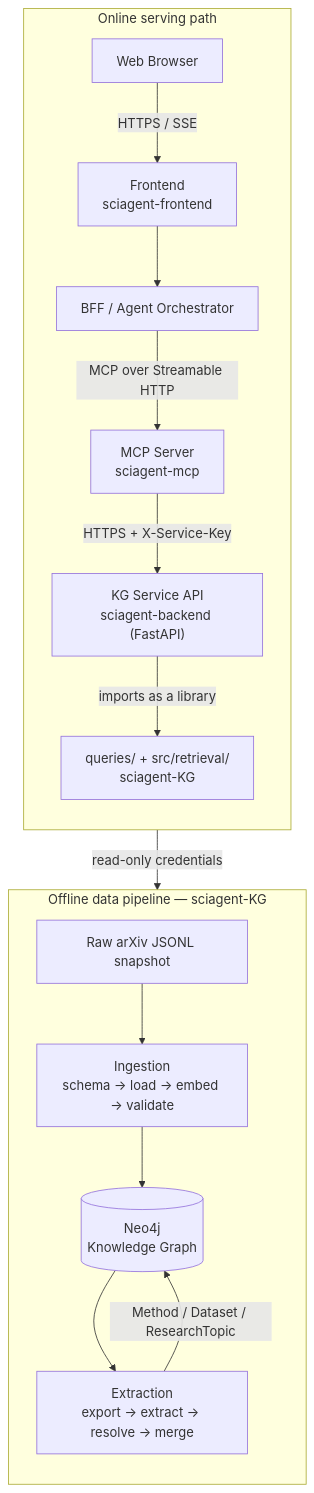
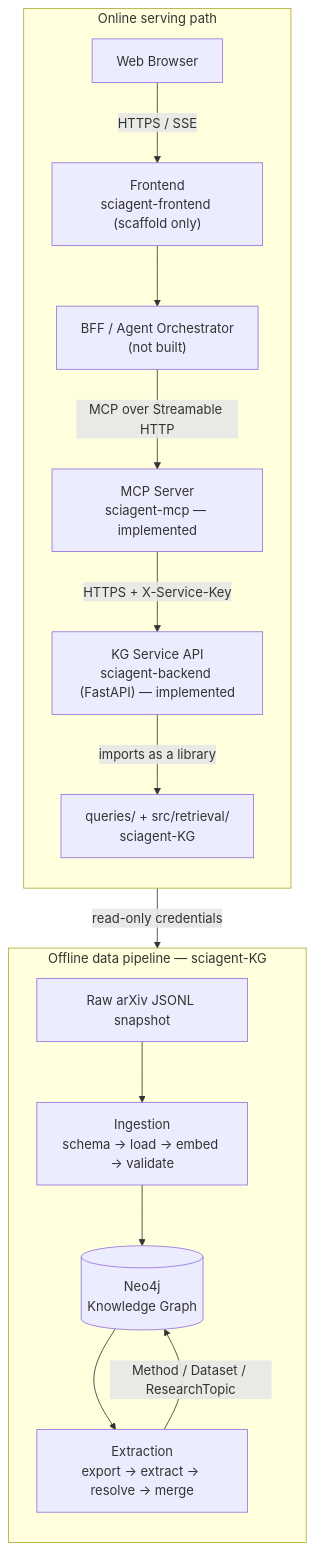
One commit to Khoa-BOB/SciAgent changed the diagram in README.md. Above: the diagram before and after it, drawn with Mermaid. The commit also changed other lines of this file and 1 other file, not shown here.

First line of the commit message:
docs: fix stale service-status claims in README and diagram

````diff
--- a/README.md
+++ b/README.md
@@ -21,27 +21,28 @@
 ```mermaid
 flowchart TB
     subgraph Offline["Offline data pipeline — sciagent-KG"]
         direction TB
         RAW[Raw arXiv JSONL snapshot] --> ING["Ingestion
 schema → load → embed → validate"]
         ING --> KGDB[("Neo4j
 Knowledge Graph")]
         KGDB --> EXT["Extraction
 export → extract → resolve → merge"]
         EXT -->|Method / Dataset / ResearchTopic| KGDB
     end
 
     subgraph Online["Online serving path"]
         direction TB
         BROWSER["Web Browser"] -->|HTTPS / SSE| FE["Frontend
-sciagent-frontend"]
-        FE --> BFF["BFF / Agent Orchestrator"]
+sciagent-frontend (scaffold only)"]
+        FE --> BFF["BFF / Agent Orchestrator
+(not built)"]
         BFF -->|MCP over Streamable HTTP| MCP["MCP Server
-sciagent-mcp"]
+sciagent-mcp — implemented"]
         MCP -->|HTTPS + X-Service-Key| API["KG Service API
-sciagent-backend (FastAPI)"]
+sciagent-backend (FastAPI) — implemented"]
         API -->|imports as a library| RET["queries/ + src/retrieval/
 sciagent-KG"]
         RET -->|read-only credentials| KGDB
     end
 ```
````
